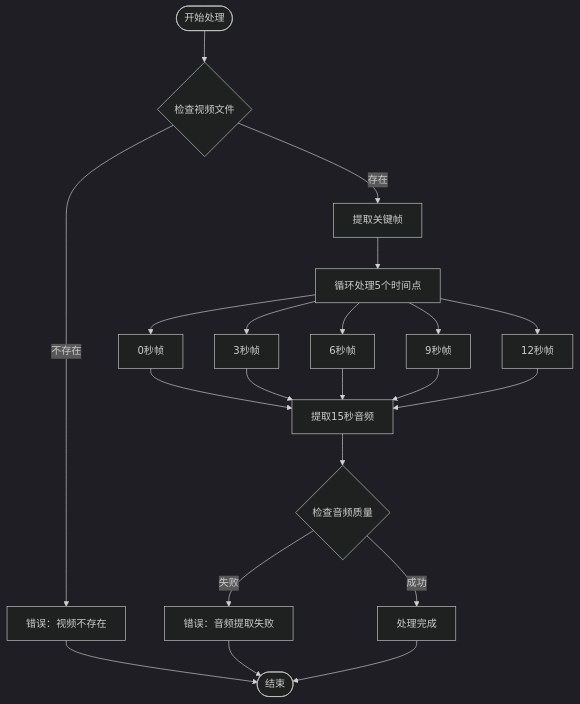
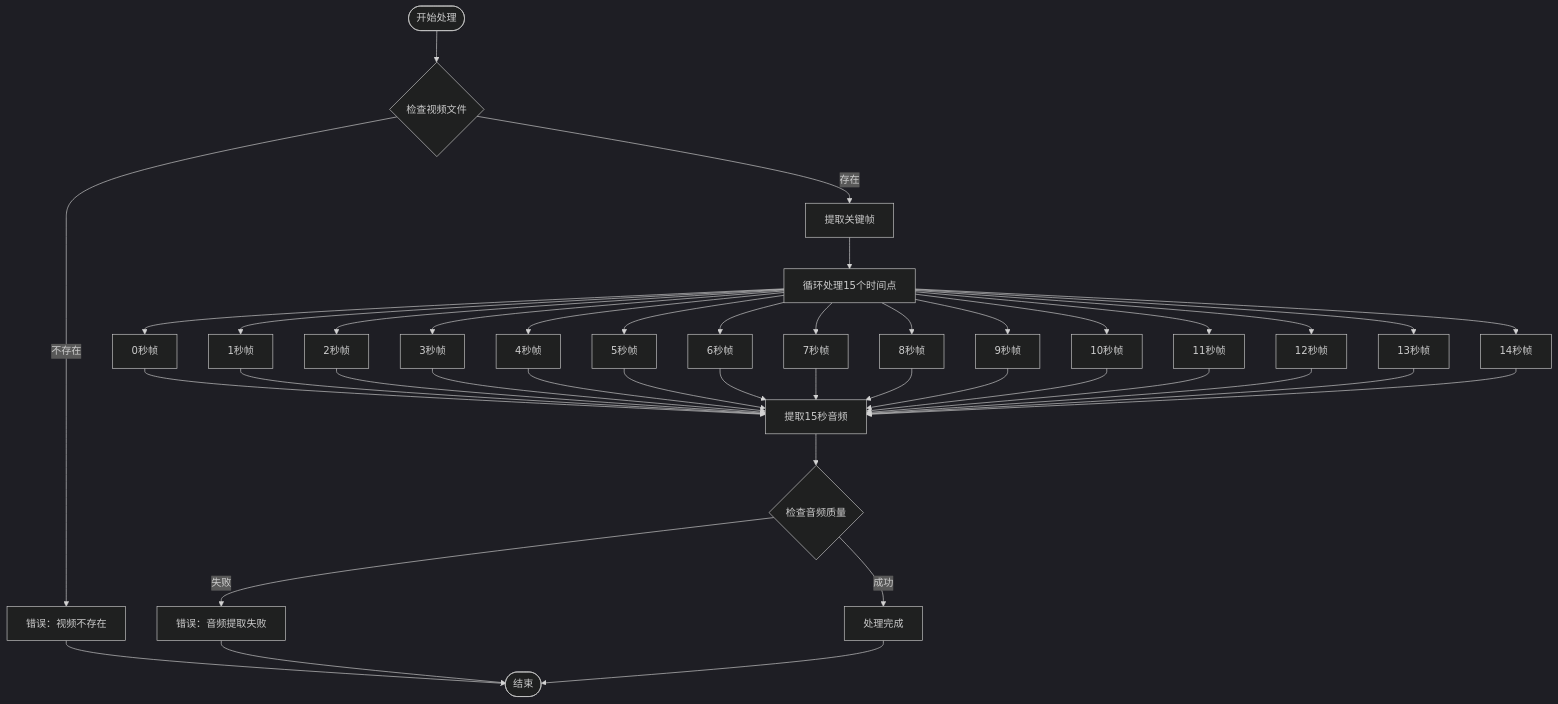
Before and after one commit to WongMingJiu/landingpage-test-hero-page: the third of 8 diagrams in .qoder/repowiki/zh/content/开发者指南.md, drawn with Mermaid (dark theme). The commit also changed other lines of this file and 6 other files, not shown here.

First line of the commit message:
feat: 品牌logo固定素材 + 双参考图生图 + 输出平铺结构

````diff
--- a/.qoder/repowiki/zh/content/开发者指南.md
+++ b/.qoder/repowiki/zh/content/开发者指南.md
@@ -141,23 +169,43 @@
 ```mermaid
 flowchart TD
 Start([开始处理]) --> CheckVideo{检查视频文件}
 CheckVideo --> |存在| ExtractFrames[提取关键帧]
 CheckVideo --> |不存在| Error1[错误：视频不存在]
-ExtractFrames --> FrameLoop[循环处理5个时间点]
+ExtractFrames --> FrameLoop[循环处理15个时间点]
 FrameLoop --> Frame0[0秒帧]
+FrameLoop --> Frame1[1秒帧]
+FrameLoop --> Frame2[2秒帧]
 FrameLoop --> Frame3[3秒帧]
+FrameLoop --> Frame4[4秒帧]
+FrameLoop --> Frame5[5秒帧]
 FrameLoop --> Frame6[6秒帧]
+FrameLoop --> Frame7[7秒帧]
+FrameLoop --> Frame8[8秒帧]
 FrameLoop --> Frame9[9秒帧]
+FrameLoop --> Frame10[10秒帧]
+FrameLoop --> Frame11[11秒帧]
 FrameLoop --> Frame12[12秒帧]
+FrameLoop --> Frame13[13秒帧]
+FrameLoop --> Frame14[14秒帧]
 Frame0 --> AudioExtract[提取15秒音频]
+Frame1 --> AudioExtract
+Frame2 --> AudioExtract
 Frame3 --> AudioExtract
+Frame4 --> AudioExtract
+Frame5 --> AudioExtract
 Frame6 --> AudioExtract
+Frame7 --> AudioExtract
+Frame8 --> AudioExtract
 Frame9 --> AudioExtract
+Frame10 --> AudioExtract
+Frame11 --> AudioExtract
 Frame12 --> AudioExtract
+Frame13 --> AudioExtract
+Frame14 --> AudioExtract
 AudioExtract --> CheckAudio{检查音频质量}
 CheckAudio --> |成功| Success[处理完成]
 CheckAudio --> |失败| Error2[错误：音频提取失败]
 Error1 --> End([结束])
 Error2 --> End
 Success --> End
 ```
````
